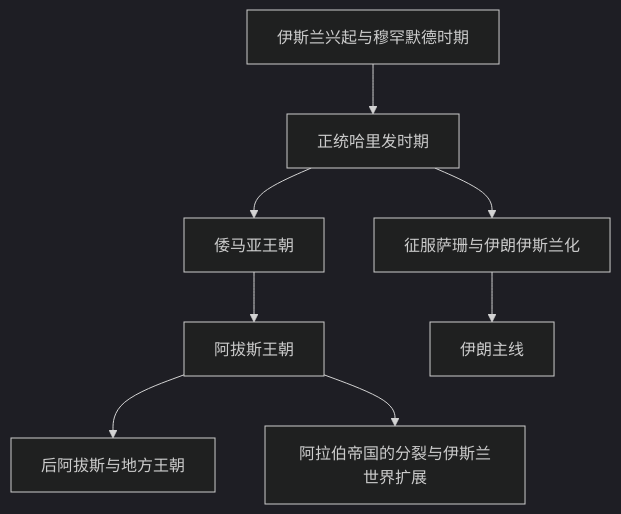
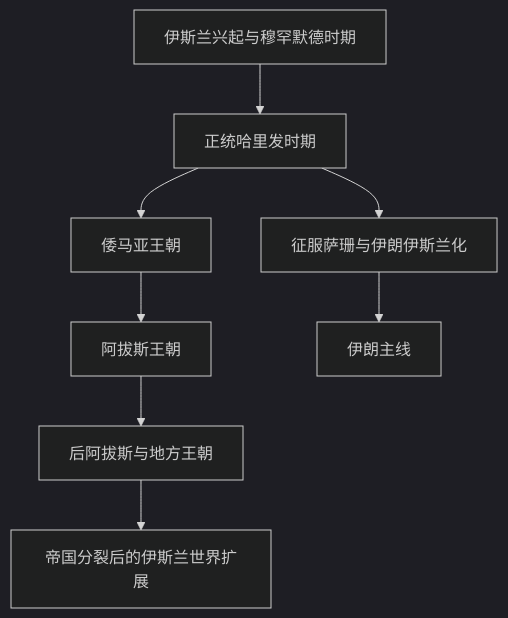
One commit to tianlan-dev/learning-notes changed the diagram in 人文科学/历史/西亚/_通史/阿拉伯帝国/README.md. Above: the diagram before and after it, drawn with Mermaid (dark theme). The commit also changed other lines of this file and 180 other files, not shown here.

````diff
--- a/人文科学/历史/西亚/_通史/阿拉伯帝国/README.md
+++ b/人文科学/历史/西亚/_通史/阿拉伯帝国/README.md
@@ -14,10 +14,10 @@
 ```mermaid
 flowchart TD
     Islam["伊斯兰兴起与穆罕默德时期"] --> Rashidun["正统哈里发时期"]
     Rashidun --> Umayyad["倭马亚王朝"]
     Umayyad --> Abbasid["阿拔斯王朝"]
     Abbasid --> Regional["后阿拔斯与地方王朝"]
-    Abbasid --> Fragment["阿拉伯帝国的分裂与伊斯兰世界扩展"]
+    Regional --> Fragment["帝国分裂后的伊斯兰世界扩展"]
     Rashidun --> IranConquest["征服萨珊与伊朗伊斯兰化"]
     IranConquest --> Iran["伊朗主线"]
 ```
````
